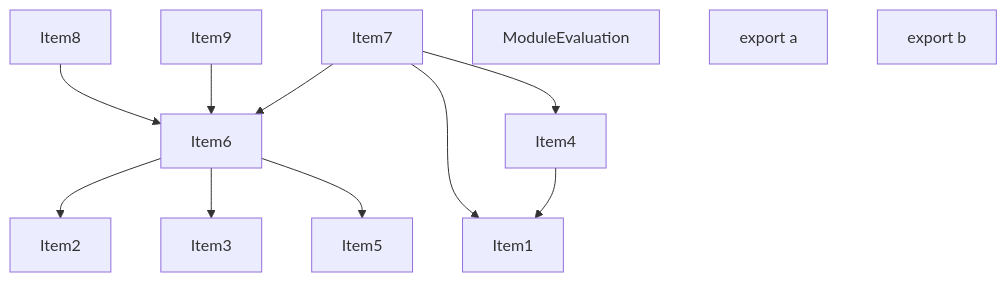
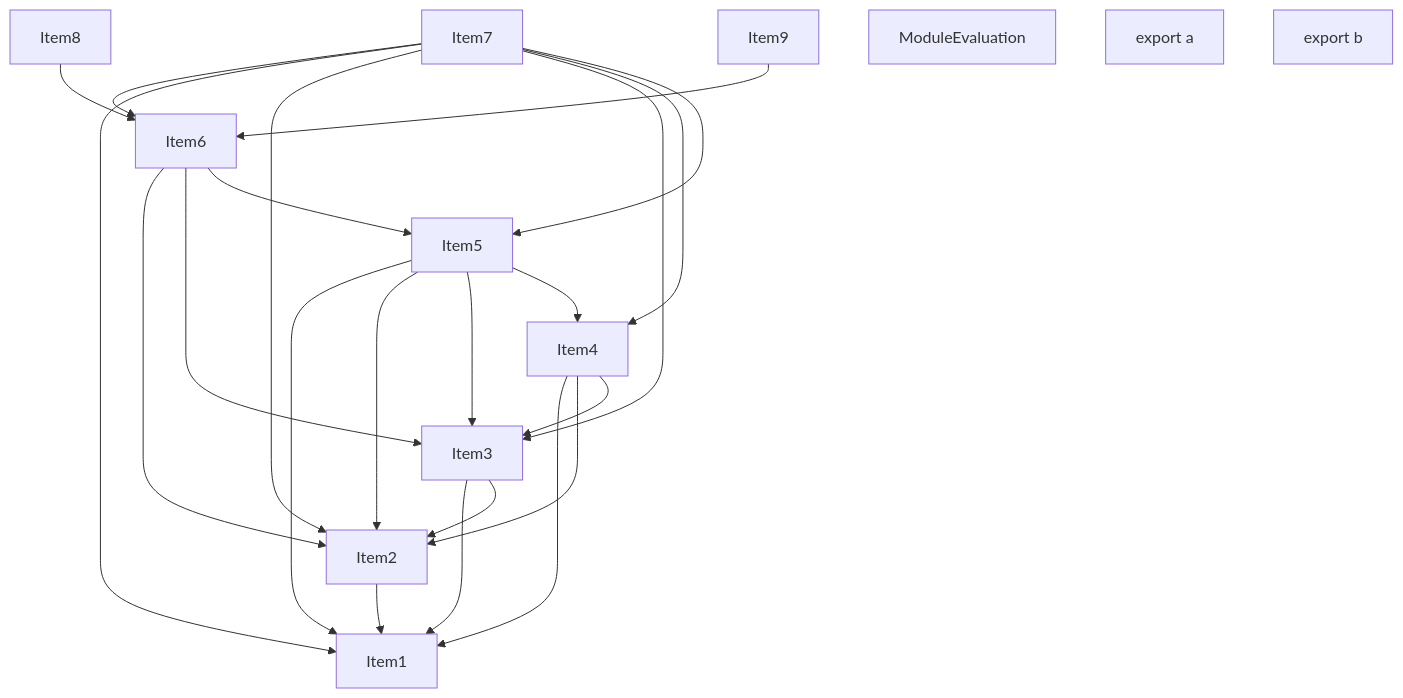
The third of 5 diagrams in crates/turbopack-ecmascript/tests/tree-shaker/analyzer/shared-and-side-effects/output.md (vercel/turborepo), drawn with Mermaid before and after one commit. The commit also changed other lines of this file and 12 other files, not shown here.

````diff
--- a/crates/turbopack-ecmascript/tests/tree-shaker/analyzer/shared-and-side-effects/output.md
+++ b/crates/turbopack-ecmascript/tests/tree-shaker/analyzer/shared-and-side-effects/output.md
@@ -159,27 +174,39 @@
 ```mermaid
 graph TD
     Item1;
     Item2;
     Item3;
     Item4;
     Item5;
     Item6;
     Item7;
     Item8;
     Item9;
     Item10;
     Item10["ModuleEvaluation"];
     Item11;
     Item11["export a"];
     Item12;
     Item12["export b"];
+    Item2 --> Item1;
+    Item3 --> Item1;
+    Item3 --> Item2;
     Item4 --> Item1;
+    Item4 --> Item2;
+    Item4 --> Item3;
+    Item5 --> Item1;
+    Item5 --> Item2;
+    Item5 --> Item3;
+    Item5 --> Item4;
     Item6 --> Item2;
     Item6 --> Item3;
     Item6 --> Item5;
     Item7 --> Item6;
     Item7 --> Item1;
+    Item7 --> Item2;
+    Item7 --> Item3;
     Item7 --> Item4;
+    Item7 --> Item5;
     Item8 --> Item6;
     Item9 --> Item6;
 ```
````
